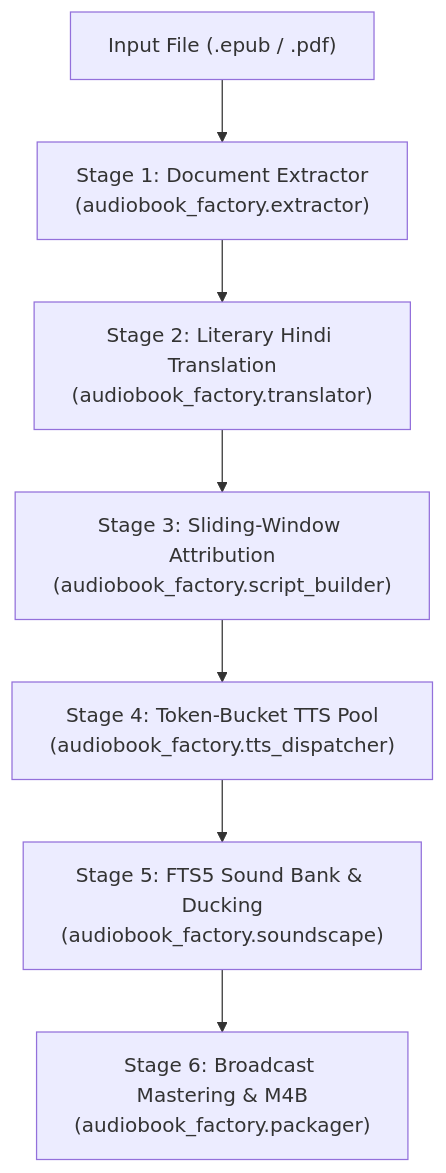
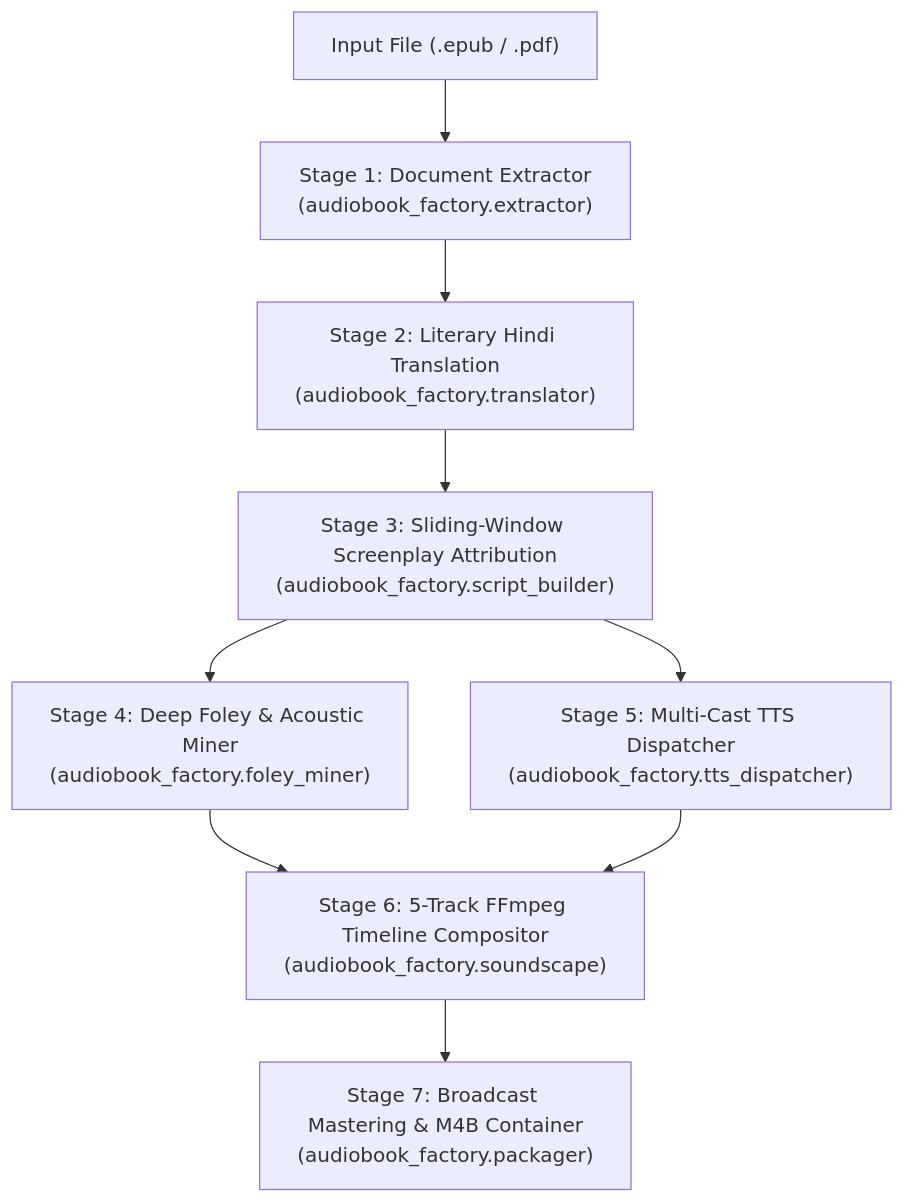
One commit to naksh-07/audiobook-maker changed the diagram in .agents/skills/novel-audiobook-factory/SKILL.md. Above: the diagram before and after it, drawn with Mermaid. The commit also changed other lines of this file and 133 other files, not shown here.

````diff
--- a/.agents/skills/novel-audiobook-factory/SKILL.md
+++ b/.agents/skills/novel-audiobook-factory/SKILL.md
@@ -39,9 +39,10 @@
 ```mermaid
 flowchart TD
     A["Input File (.epub / .pdf)"] --> B["Stage 1: Document Extractor<br/>(audiobook_factory.extractor)"]
     B --> C["Stage 2: Literary Hindi Translation<br/>(audiobook_factory.translator)"]
-    C --> D["Stage 3: Sliding-Window Attribution<br/>(audiobook_factory.script_builder)"]
-    D --> E["Stage 4: Token-Bucket TTS Pool<br/>(audiobook_factory.tts_dispatcher)"]
-    E --> F["Stage 5: FTS5 Sound Bank & Ducking<br/>(audiobook_factory.soundscape)"]
-    F --> G["Stage 6: Broadcast Mastering & M4B<br/>(audiobook_factory.packager)"]
+    C --> D["Stage 3: Sliding-Window Screenplay Attribution<br/>(audiobook_factory.script_builder)"]
+    D --> E["Stage 4: Deep Foley & Acoustic Miner<br/>(audiobook_factory.foley_miner)"]
+    D --> F["Stage 5: Multi-Cast TTS Dispatcher<br/>(audiobook_factory.tts_dispatcher)"]
+    E & F --> G["Stage 6: 5-Track FFmpeg Timeline Compositor<br/>(audiobook_factory.soundscape)"]
+    G --> H["Stage 7: Broadcast Mastering & M4B Container<br/>(audiobook_factory.packager)"]
 ```
````
